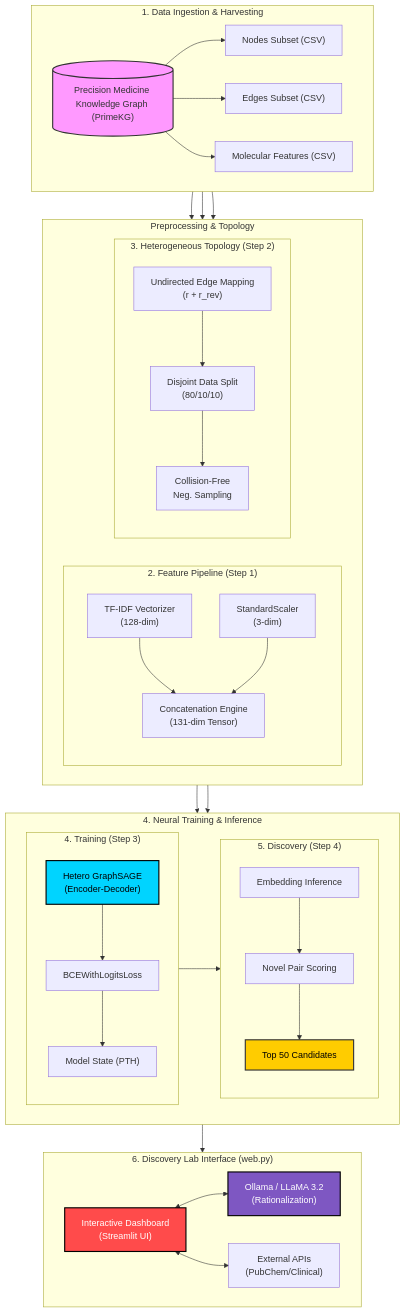
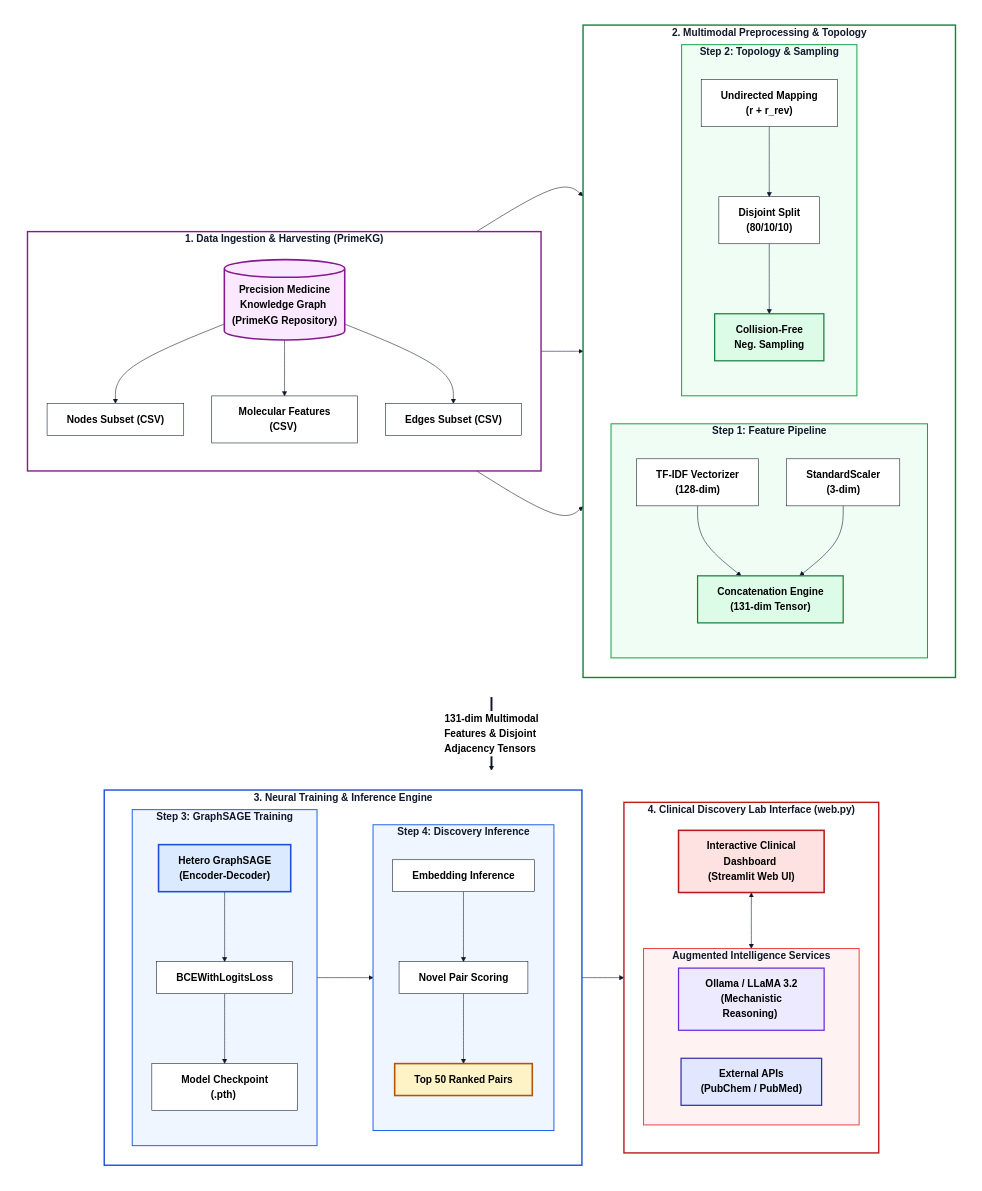
The diagram in docs/SYSTEM_ARCHITECTURE.mmd (ojhaprathmesh/Rapid_AI_Drug_Repurposing_Repo), drawn with Mermaid before and after one commit. The commit also changed 68 other files, not shown here.

```diff
--- a/docs/SYSTEM_ARCHITECTURE.mmd
+++ b/docs/SYSTEM_ARCHITECTURE.mmd
@@ -1,75 +1,117 @@
-graph TD
-    subgraph Data_Tier ["1. Data Ingestion & Harvesting"]
+%%{init: {
+  'theme': 'default',
+  'themeVariables': {
+    'fontSize': '18px',
+    'fontFamily': 'Helvetica Neue, Helvetica, Arial, sans-serif',
+    'textColor': '#000000',
+    'lineColor': '#0f172a',
+    'mainBkg': '#ffffff',
+    'nodeBorder': '#0f172a',
+    'clusterBkg': '#ffffff',
+    'clusterBorder': '#0f172a',
+    'titleColor': '#0f172a',
+    'edgeLabelBackground': '#ffffff'
+  }
+}}%%
+flowchart TB
+    %% ROW 1: INGESTION & PREPROCESSING
+    subgraph ROW1 [" "]
         direction LR
-        PrimeKG[("Precision Medicine Knowledge Graph (PrimeKG)")]
-        Nodes["Nodes Subset (CSV)"]
-        Edges["Edges Subset (CSV)"]
-        Feat["Molecular Features (CSV)"]
-        PrimeKG --> Nodes
-        PrimeKG --> Edges
-        PrimeKG --> Feat
+        subgraph Data_Tier ["&nbsp;<b>1. Data Ingestion & Harvesting (PrimeKG)</b>&nbsp;"]
+            direction TB
+            PrimeKG[("<b>&nbsp;Precision Medicine Knowledge Graph&nbsp;<br/>&nbsp;(PrimeKG Repository)&nbsp;</b>")]
+            Nodes["<b>&nbsp;Nodes Subset (CSV)&nbsp;</b>"]
+            Feat["<b>&nbsp;Molecular Features (CSV)&nbsp;</b>"]
+            Edges["<b>&nbsp;Edges Subset (CSV)&nbsp;</b>"]
+            PrimeKG --> Nodes
+            PrimeKG --> Feat
+            PrimeKG --> Edges
+        end
+
+        subgraph Processing_Tier ["&nbsp;<b>2. Multimodal Preprocessing & Topology</b>&nbsp;"]
+            direction LR
+            subgraph Feature_Engineering ["&nbsp;<b>Step 1: Feature Pipeline</b>&nbsp;"]
+                direction TB
+                TFIDF["<b>&nbsp;TF-IDF Vectorizer&nbsp;<br/>&nbsp;(128-dim)&nbsp;</b>"]
+                Scaler["<b>&nbsp;StandardScaler&nbsp;<br/>&nbsp;(3-dim)&nbsp;</b>"]
+                Concat["<b>&nbsp;Concatenation Engine&nbsp;<br/>&nbsp;(131-dim Tensor)&nbsp;</b>"]
+                TFIDF & Scaler --> Concat
+            end
+
+            subgraph Graph_Logic ["&nbsp;<b>Step 2: Topology & Sampling</b>&nbsp;"]
+                direction TB
+                Undirected["<b>&nbsp;Undirected Mapping&nbsp;<br/>&nbsp;(r + r_rev)&nbsp;</b>"]
+                Split["<b>&nbsp;Disjoint Split&nbsp;<br/>&nbsp;(80/10/10)&nbsp;</b>"]
+                NegSamp["<b>&nbsp;Collision-Free&nbsp;<br/>&nbsp;Neg. Sampling&nbsp;</b>"]
+                Undirected --> Split --> NegSamp
+            end
+        end
+
+        Nodes --> TFIDF
+        Feat --> Scaler
+        Edges --> Undirected
     end
 
-    subgraph Processing_Tier ["Preprocessing & Topology"]
+    %% ROW 2: NEURAL ENGINE & CLINICAL LAB
+    subgraph ROW2 [" "]
         direction LR
-        subgraph Feature_Engineering ["2. Feature Pipeline (Step 1)"]
-            direction TB
-            TFIDF["TF-IDF Vectorizer<br/>(128-dim)"]
-            Scaler["StandardScaler<br/>(3-dim)"]
-            Concat["Concatenation Engine<br/>(131-dim Tensor)"]
-            TFIDF & Scaler --> Concat
+        subgraph Model_Tier ["&nbsp;<b>3. Neural Training & Inference Engine</b>&nbsp;"]
+            direction LR
+            subgraph Model_Engine ["&nbsp;<b>Step 3: GraphSAGE Training</b>&nbsp;"]
+                direction TB
+                SAGE["<b>&nbsp;Hetero GraphSAGE&nbsp;<br/>&nbsp;(Encoder-Decoder)&nbsp;</b>"]
+                Loss["<b>&nbsp;BCEWithLogitsLoss&nbsp;</b>"]
+                Weights["<b>&nbsp;Model Checkpoint (.pth)&nbsp;</b>"]
+                SAGE --> Loss --> Weights
+            end
+
+            subgraph Discovery_Inference ["&nbsp;<b>Step 4: Discovery Inference</b>&nbsp;"]
+                direction TB
+                Inference["<b>&nbsp;Embedding Inference&nbsp;</b>"]
+                Scoring["<b>&nbsp;Novel Pair Scoring&nbsp;</b>"]
+                Ranking["<b>&nbsp;Top 50 Ranked Pairs&nbsp;</b>"]
+                Inference --> Scoring --> Ranking
+            end
+            Weights --> Inference
         end
 
-        subgraph Graph_Logic ["3. Heterogeneous Topology (Step 2)"]
+        subgraph Dashboard_UX ["&nbsp;<b>4. Clinical Discovery Lab Interface (web.py)</b>&nbsp;"]
             direction TB
-            Undirected["Undirected Edge Mapping<br/>(r + r_rev)"]
-            Split["Disjoint Data Split<br/>(80/10/10)"]
-            NegSamp["Collision-Free<br/>Neg. Sampling"]
-            Undirected --> Split --> NegSamp
+            Streamlit["<b>&nbsp;Interactive Clinical Dashboard&nbsp;<br/>&nbsp;(Streamlit Web UI)&nbsp;</b>"]
+            subgraph Aux_Services ["&nbsp;<b>Augmented Intelligence Services</b>&nbsp;"]
+                direction LR
+                LLM["<b>&nbsp;Ollama / LLaMA 3.2&nbsp;<br/>&nbsp;(Mechanistic Reasoning)&nbsp;</b>"]
+                APIs["<b>&nbsp;External APIs&nbsp;<br/>&nbsp;(PubChem / PubMed)&nbsp;</b>"]
+            end
+            Streamlit <--> Aux_Services
         end
+
+        Ranking --> Streamlit
     end
 
-    Nodes --> TFIDF
-    Feat --> Scaler
-    Edges --> Undirected
-
-    subgraph Model_Tier ["4. Neural Training & Inference"]
-        direction LR
-        subgraph Model_Engine ["4. Training (Step 3)"]
-            direction TB
-            SAGE["Hetero GraphSAGE<br/>(Encoder-Decoder)"]
-            Loss["BCEWithLogitsLoss"]
-            Weights["Model State (PTH)"]
-            SAGE --> Loss --> Weights
-        end
-
-        subgraph Discovery_Inference ["5. Discovery (Step 4)"]
-            direction TB
-            Inference["Embedding Inference"]
-            Scoring["Novel Pair Scoring"]
-            Ranking["Top 50 Candidates"]
-            Inference --> Scoring --> Ranking
-        end
-    end
-
-    Concat & NegSamp --> SAGE
-    Weights --> Inference
-
-    subgraph Dashboard_UX ["6. Discovery Lab Interface (web.py)"]
-        direction LR
-        Streamlit["Interactive Dashboard<br/>(Streamlit UI)"]
-        LLM["Ollama / LLaMA 3.2<br/>(Rationalization)"]
-        APIs["External APIs<br/>(PubChem/Clinical)"]
-        
-        Streamlit <--> LLM
-        Streamlit <--> APIs
-    end
-
-    Ranking --> Streamlit
+    %% INTER-ROW CONNECTION
+    ROW1 ==>|"&nbsp;<b>131-dim Multimodal Features & Disjoint Adjacency Tensors</b>&nbsp;"| ROW2
 
     %% Styling
-    style PrimeKG fill:#f9f,stroke:#333,stroke-width:2px
-    style SAGE fill:#00d4ff,stroke:#000,stroke-width:2px,color:#000
-    style Streamlit fill:#ff4b4b,stroke:#000,stroke-width:2px,color:#fff
-    style LLM fill:#7e57c2,stroke:#000,stroke-width:2px,color:#fff
-    style Ranking fill:#ffcc00,stroke:#333,stroke-width:2px,color:#000
+    style ROW1 fill:none,stroke:none
+    style ROW2 fill:none,stroke:none
+
+    style Data_Tier fill:#ffffff,stroke:#86198f,stroke-width:2.5px
+    style Processing_Tier fill:#ffffff,stroke:#15803d,stroke-width:2.5px
+    style Model_Tier fill:#ffffff,stroke:#1d4ed8,stroke-width:2.5px
+    style Dashboard_UX fill:#ffffff,stroke:#b91c1c,stroke-width:2.5px
+
+    style Feature_Engineering fill:#f0fdf4,stroke:#16a34a,stroke-width:1.8px
+    style Graph_Logic fill:#f0fdf4,stroke:#16a34a,stroke-width:1.8px
+    style Model_Engine fill:#eff6ff,stroke:#2563eb,stroke-width:1.8px
+    style Discovery_Inference fill:#eff6ff,stroke:#2563eb,stroke-width:1.8px
+    style Aux_Services fill:#fef2f2,stroke:#ef4444,stroke-width:1.8px
+
+    style PrimeKG fill:#fae8ff,stroke:#86198f,stroke-width:2.8px,color:#000000
+    style SAGE fill:#dbeafe,stroke:#1d4ed8,stroke-width:2.8px,color:#000000
+    style Streamlit fill:#fee2e2,stroke:#b91c1c,stroke-width:2.8px,color:#000000
+    style LLM fill:#ede9fe,stroke:#6d28d9,stroke-width:2.2px,color:#000000
+    style APIs fill:#e0e7ff,stroke:#3730a3,stroke-width:2.2px,color:#000000
+    style Ranking fill:#fef3c7,stroke:#b45309,stroke-width:2.8px,color:#000000
+    style Concat fill:#dcfce7,stroke:#15803d,stroke-width:2.2px,color:#000000
+    style NegSamp fill:#dcfce7,stroke:#15803d,stroke-width:2.2px,color:#000000
```
